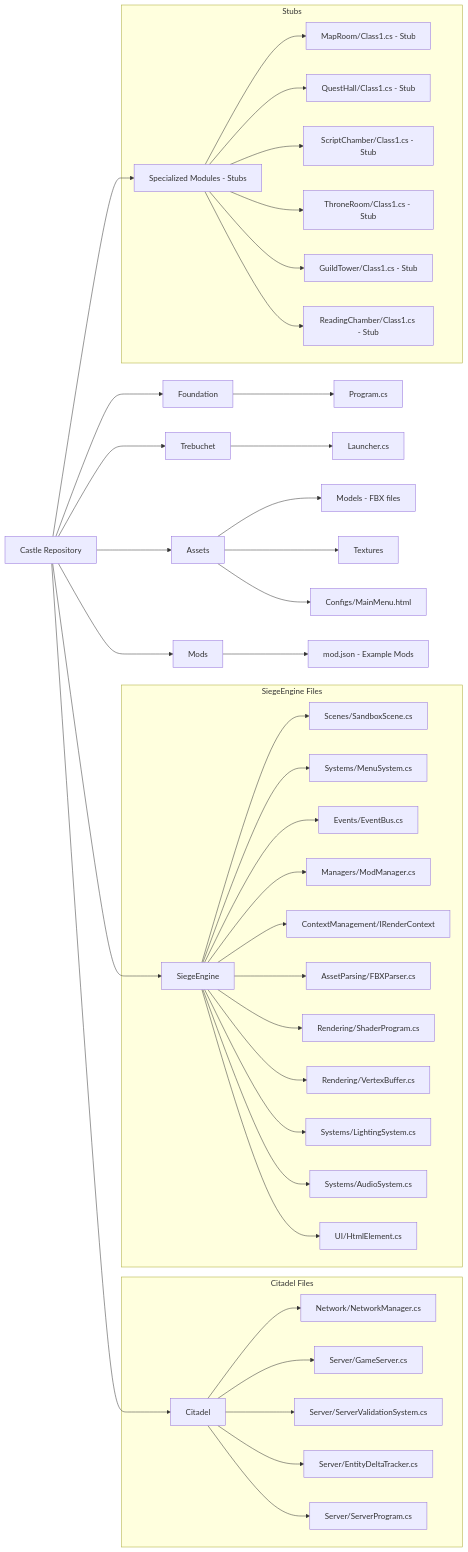
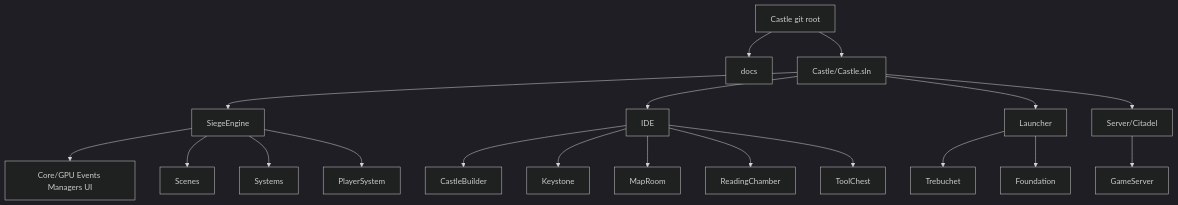
The second of 17 diagrams in README.md (ireakhavok/Castle), drawn with Mermaid before and after one commit. The commit also changed other lines of this file and 6 other files, not shown here.

````diff
--- a/README.md
+++ b/README.md
@@ -88,51 +190,23 @@
 ```mermaid
-graph LR
-    A[Castle Repository] --> B[Citadel]
-    A --> C[SiegeEngine]
-    A --> D[Foundation]
-    A --> E[Trebuchet]
-    A --> F[Specialized Modules - Stubs]
-    A --> G[Assets]
-    A --> H[Mods]
-
-    subgraph Citadel Files
-    B --> B1[Network/NetworkManager.cs]
-    B --> B2[Server/GameServer.cs]
-    B --> B3[Server/ServerValidationSystem.cs]
-    B --> B4[Server/EntityDeltaTracker.cs]
-    B --> B5[Server/ServerProgram.cs]
-    end
-
-    subgraph SiegeEngine Files
-    C --> C1[Scenes/SandboxScene.cs]
-    C --> C2[Systems/MenuSystem.cs]
-    C --> C3[Events/EventBus.cs]
-    C --> C4[Managers/ModManager.cs]
-    C --> C5[ContextManagement/IRenderContext]
-    C --> C6[AssetParsing/FBXParser.cs]
-    C --> C7[Rendering/ShaderProgram.cs]
-    C --> C8[Rendering/VertexBuffer.cs]
-    C --> C9[Systems/LightingSystem.cs]
-    C --> C10[Systems/AudioSystem.cs]
-    C --> C11[UI/HtmlElement.cs]
-    end
-
-    D --> D1[Program.cs]
-
-    E --> E1[Launcher.cs]
-
-    subgraph Stubs
-    F --> F1[MapRoom/Class1.cs - Stub]
-    F --> F2[QuestHall/Class1.cs - Stub]
-    F --> F3[ScriptChamber/Class1.cs - Stub]
-    F --> F4[ThroneRoom/Class1.cs - Stub]
-    F --> F5[GuildTower/Class1.cs - Stub]
-    F --> F6[ReadingChamber/Class1.cs - Stub]
-    end
-
-    G --> G1[Models - FBX files]
-    G --> G2[Textures]
-    G --> G3[Configs/MainMenu.html]
-
-    H --> H1[mod.json - Example Mods]
+%%{init: {'theme':'dark'}}%%
+flowchart TB
+  ROOT[Castle git root]
+  ROOT --> DOCS[docs]
+  ROOT --> SLN[Castle/Castle.sln]
+  SLN --> SE[SiegeEngine]
+  SLN --> IDE[IDE]
+  SLN --> LAU[Launcher]
+  SLN --> CIT[Server/Citadel]
+  SE --> CORE[Core/GPU Events Managers UI]
+  SE --> SCN[Scenes]
+  SE --> SYS[Systems]
+  SE --> PLY[PlayerSystem]
+  IDE --> CB[CastleBuilder]
+  IDE --> KS[Keystone]
+  IDE --> MR[MapRoom]
+  IDE --> RC[ReadingChamber]
+  IDE --> TC[ToolChest]
+  LAU --> TR[Trebuchet]
+  LAU --> FD[Foundation]
+  CIT --> GS[GameServer]
 ```
````
